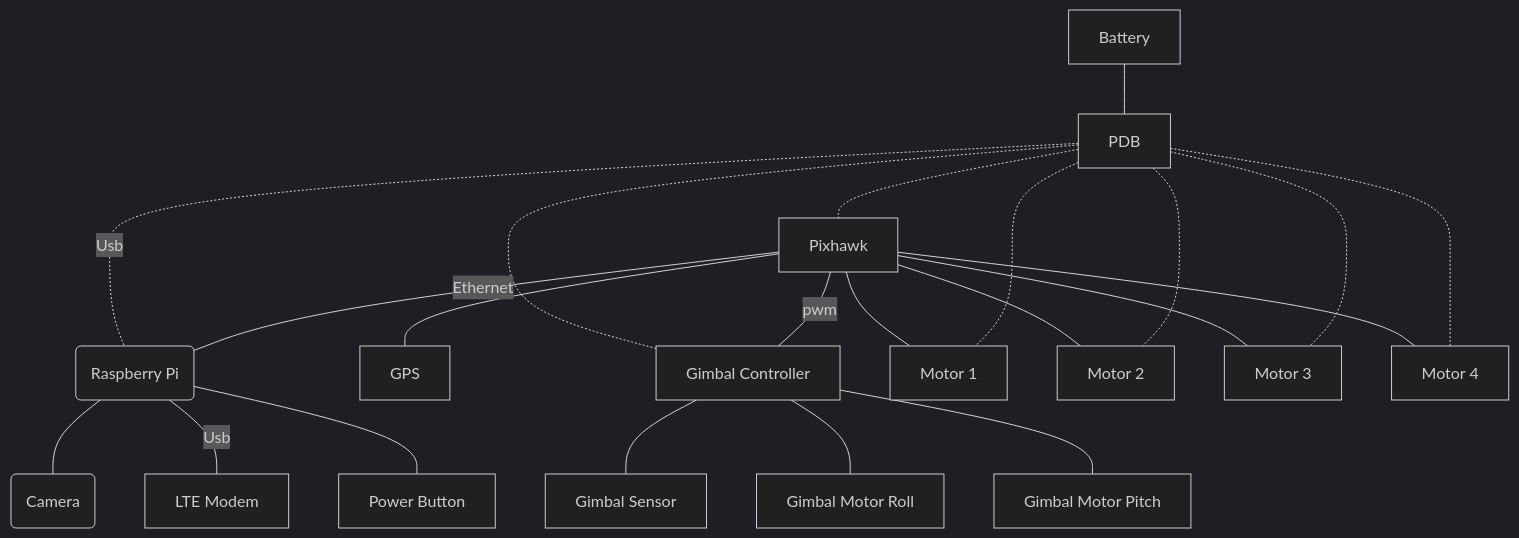
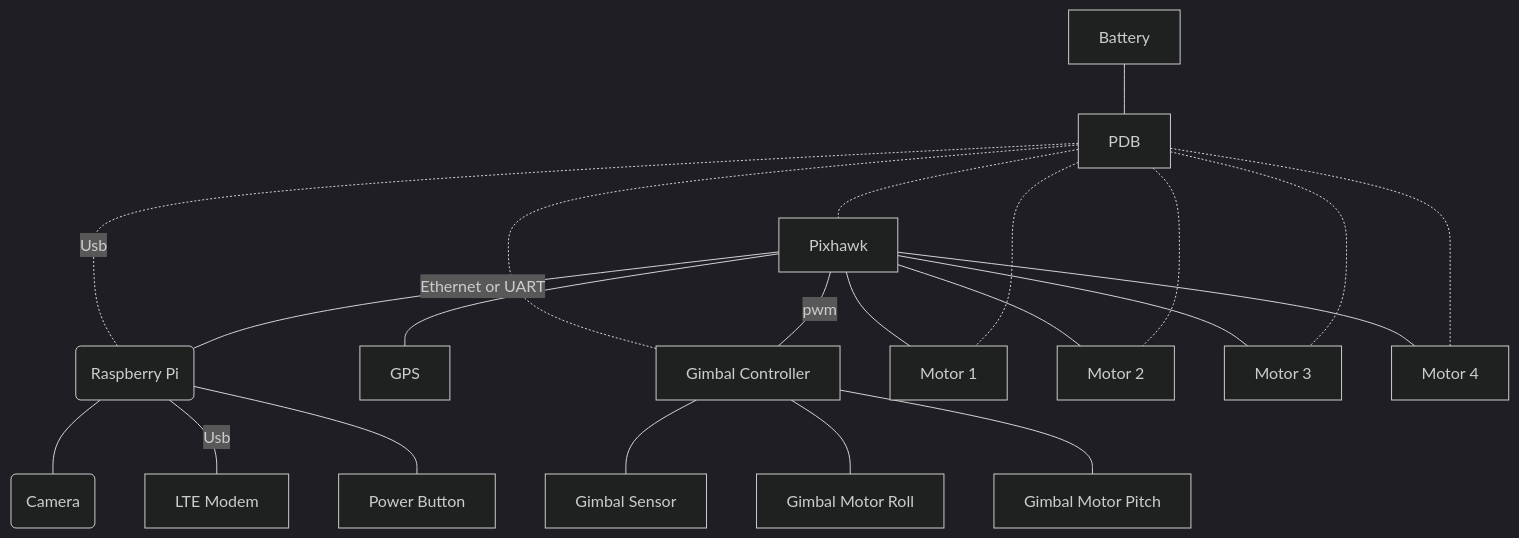
The diagram in docs/physical.md (fancydrones/x500-cm4), drawn with Mermaid (dark theme) before and after one commit. The commit also changed 2 other files, not shown here.

Commit message:
misc updates

````diff
--- a/docs/physical.md
+++ b/docs/physical.md
@@ -5,24 +5,24 @@
 ```mermaid
 flowchart TD
-    PIX[Pixhawk] ---|Ethernet| RPI(Raspberry Pi)
+    PIX[Pixhawk] ---|Ethernet or UART| RPI(Raspberry Pi)
     RPI --- C(Camera)
     PIX --- GPS[GPS]
     PIX --- |pwm| D[Gimbal Controller]
     D --- E[Gimbal Sensor]
     D --- F[Gimbal Motor Roll]
     D --- G[Gimbal Motor Pitch]
     H[Battery] --- PDB[PDB]
     PDB -.- |Usb| RPI
     PDB -.- PIX
     PDB -.- D
     PDB -.- M1[Motor 1]
     PDB -.- M2[Motor 2]
     PDB -.- M3[Motor 3]
     PDB -.- M4[Motor 4]    
     RPI --- |Usb| LTE[LTE Modem]
     RPI --- POW[Power Button]
     PIX --- M1
     PIX --- M2
     PIX --- M3
     PIX --- M4
 ```
````
